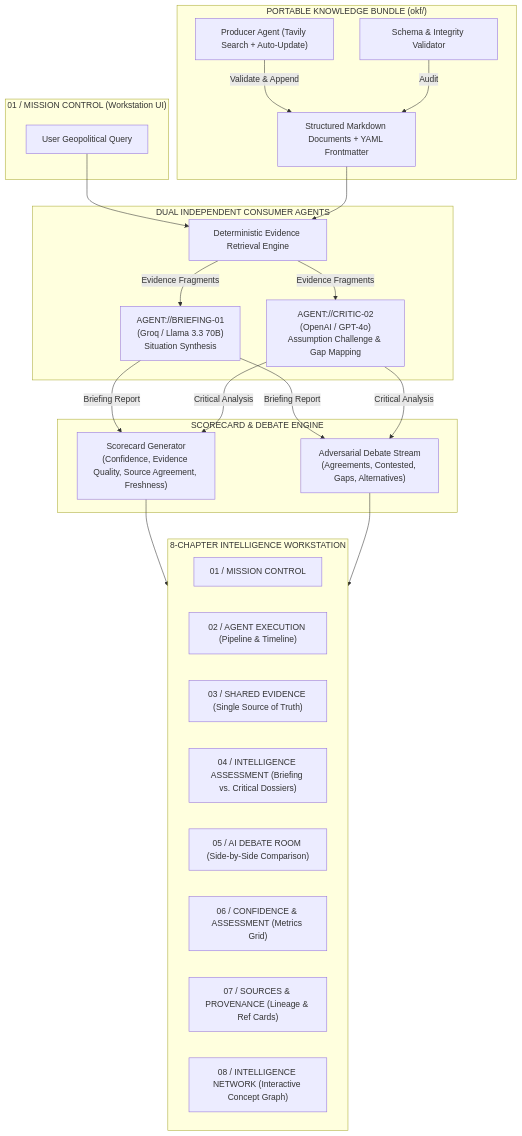
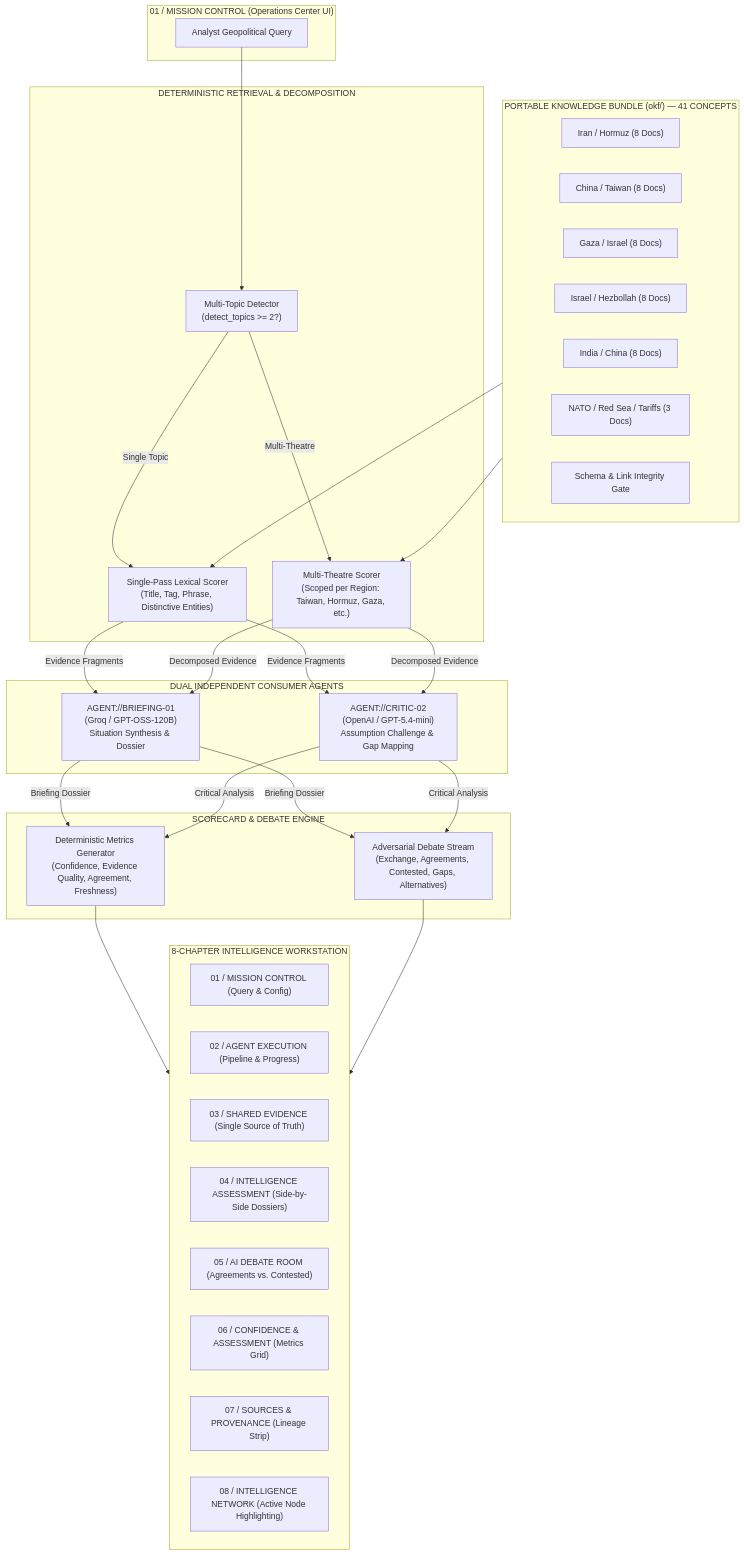
The diagram in README.md (JustXutkarsh/OKF), drawn with Mermaid before and after one commit. The commit also changed other lines of this file, not shown here.

Commit message:
docs: comprehensive README update with dual-agent pipeline, 41-concept bundle, multi-theatre retriever, .graphify visualizer, and test suites

````diff
--- a/README.md
+++ b/README.md
@@ -45,47 +77,61 @@
 ```mermaid
 graph TD
-    subgraph USER_INTERFACE ["01 / MISSION CONTROL (Workstation UI)"]
-        UserQuery["User Geopolitical Query"]
+    subgraph UI ["01 / MISSION CONTROL (Operations Center UI)"]
+        UserQuery["Analyst Geopolitical Query"]
     end
 
-    subgraph KNOWLEDGE_LAYER ["PORTABLE KNOWLEDGE BUNDLE (okf/)"]
-        Bundle["Structured Markdown Documents + YAML Frontmatter"]
-        Validator["Schema & Integrity Validator"]
-        Producer["Producer Agent (Tavily Search + Auto-Update)"]
-        Producer -->|Validate & Append| Bundle
-        Validator -->|Audit| Bundle
+    subgraph RETRIEVAL_ENGINE ["DETERMINISTIC RETRIEVAL & DECOMPOSITION"]
+        TopicDetector["Multi-Topic Detector\n(detect_topics >= 2?)"]
+        SingleLexical["Single-Pass Lexical Scorer\n(Title, Tag, Phrase, Distinctive Entities)"]
+        MultiLexical["Multi-Theatre Scorer\n(Scoped per Region: Taiwan, Hormuz, Gaza, etc.)"]
+        TopicDetector -->|Single Topic| SingleLexical
+        TopicDetector -->|Multi-Theatre| MultiLexical
+    end
+
+    subgraph KNOWLEDGE_LAYER ["PORTABLE KNOWLEDGE BUNDLE (okf/) — 41 CONCEPTS"]
+        Hormuz["Iran / Hormuz (8 Docs)"]
+        Taiwan["China / Taiwan (8 Docs)"]
+        Gaza["Gaza / Israel (8 Docs)"]
+        Lebanon["Israel / Hezbollah (8 Docs)"]
+        IndiaChina["India / China (8 Docs)"]
+        Context["NATO / Red Sea / Tariffs (3 Docs)"]
+        Validator["Schema & Link Integrity Gate"]
     end
 
     subgraph DUAL_AGENTS ["DUAL INDEPENDENT CONSUMER AGENTS"]
-        Retrieval["Deterministic Evidence Retrieval Engine"]
-        BriefingAgent["AGENT://BRIEFING-01\n(Groq / Llama 3.3 70B)\nSituation Synthesis"]
-        CriticAgent["AGENT://CRITIC-02\n(OpenAI / GPT-4o)\nAssumption Challenge & Gap Mapping"]
+        BriefingAgent["AGENT://BRIEFING-01\n(Groq / GPT-OSS-120B)\nSituation Synthesis & Dossier"]
+        CriticAgent["AGENT://CRITIC-02\n(OpenAI / GPT-5.4-mini)\nAssumption Challenge & Gap Mapping"]
     end
 
-    subgraph ANALYSIS_ENGINE ["SCORECARD & DEBATE ENGINE"]
-        Scorecard["Scorecard Generator\n(Confidence, Evidence Quality, Source Agreement, Freshness)"]
-        DebateEngine["Adversarial Debate Stream\n(Agreements, Contested, Gaps, Alternatives)"]
+    subgraph COMPARISON_ENGINE ["SCORECARD & DEBATE ENGINE"]
+        Scorecard["Deterministic Metrics Generator\n(Confidence, Evidence Quality, Agreement, Freshness)"]
+        DebateStream["Adversarial Debate Stream\n(Exchange, Agreements, Contested, Gaps, Alternatives)"]
     end
 
-    subgraph WORKSTATION_UI ["8-CHAPTER INTELLIGENCE WORKSTATION"]
-        Sec01["01 / MISSION CONTROL"]
-        Sec02["02 / AGENT EXECUTION (Pipeline & Timeline)"]
+    subgraph WORKSTATION ["8-CHAPTER INTELLIGENCE WORKSTATION"]
+        Sec01["01 / MISSION CONTROL (Query & Config)"]
+        Sec02["02 / AGENT EXECUTION (Pipeline & Progress)"]
         Sec03["03 / SHARED EVIDENCE (Single Source of Truth)"]
-        Sec04["04 / INTELLIGENCE ASSESSMENT (Briefing vs. Critical Dossiers)"]
-        Sec05["05 / AI DEBATE ROOM (Side-by-Side Comparison)"]
+        Sec04["04 / INTELLIGENCE ASSESSMENT (Side-by-Side Dossiers)"]
+        Sec05["05 / AI DEBATE ROOM (Agreements vs. Contested)"]
         Sec06["06 / CONFIDENCE & ASSESSMENT (Metrics Grid)"]
-        Sec07["07 / SOURCES & PROVENANCE (Lineage & Ref Cards)"]
-        Sec08["08 / INTELLIGENCE NETWORK (Interactive Concept Graph)"]
+        Sec07["07 / SOURCES & PROVENANCE (Lineage Strip)"]
+        Sec08["08 / INTELLIGENCE NETWORK (Active Node Highlighting)"]
     end
 
-    UserQuery --> Retrieval
-    Bundle --> Retrieval
-    Retrieval -->|Evidence Fragments| BriefingAgent
-    Retrieval -->|Evidence Fragments| CriticAgent
-    BriefingAgent -->|Briefing Report| Scorecard
+    UserQuery --> TopicDetector
+    KNOWLEDGE_LAYER --> SingleLexical
+    KNOWLEDGE_LAYER --> MultiLexical
+    SingleLexical -->|Evidence Fragments| BriefingAgent
+    SingleLexical -->|Evidence Fragments| CriticAgent
+    MultiLexical -->|Decomposed Evidence| BriefingAgent
+    MultiLexical -->|Decomposed Evidence| CriticAgent
+
+    BriefingAgent -->|Briefing Dossier| Scorecard
     CriticAgent -->|Critical Analysis| Scorecard
-    BriefingAgent -->|Briefing Report| DebateEngine
-    CriticAgent -->|Critical Analysis| DebateEngine
-    Scorecard --> WORKSTATION_UI
-    DebateEngine --> WORKSTATION_UI
+    BriefingAgent -->|Briefing Dossier| DebateStream
+    CriticAgent -->|Critical Analysis| DebateStream
+
+    Scorecard --> WORKSTATION
+    DebateStream --> WORKSTATION
 ```
````
